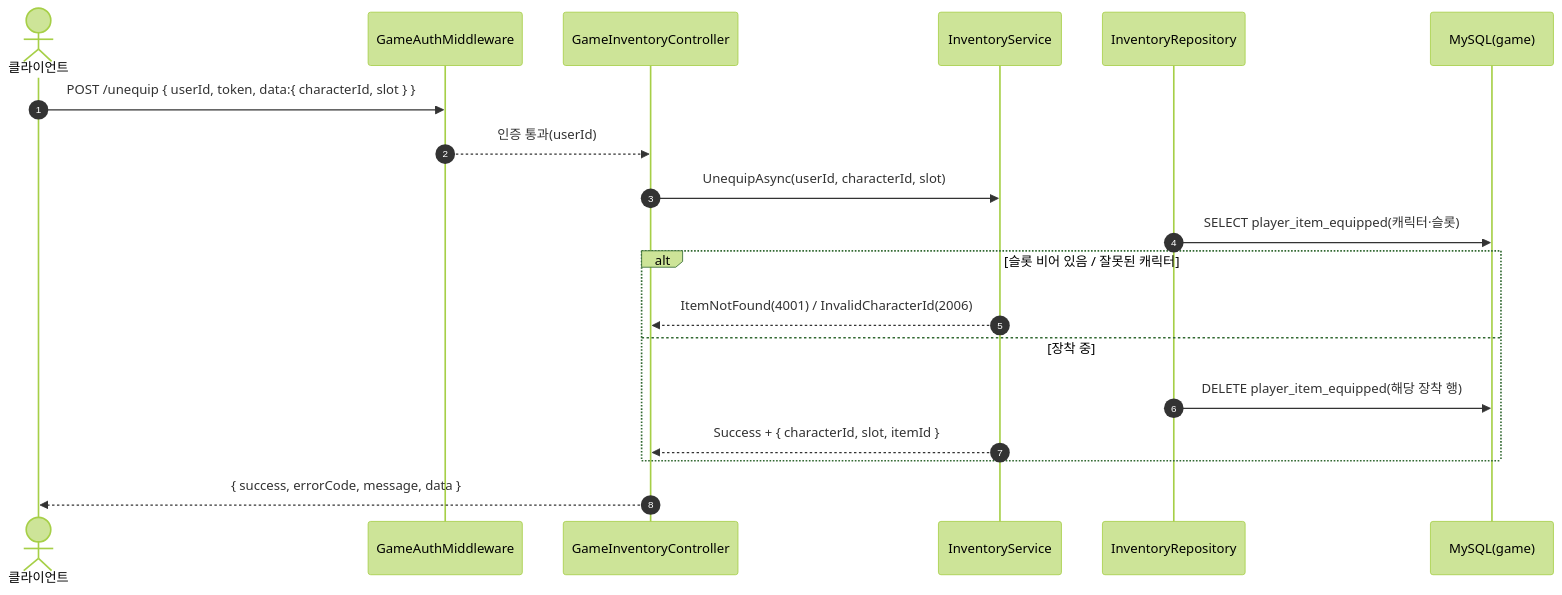
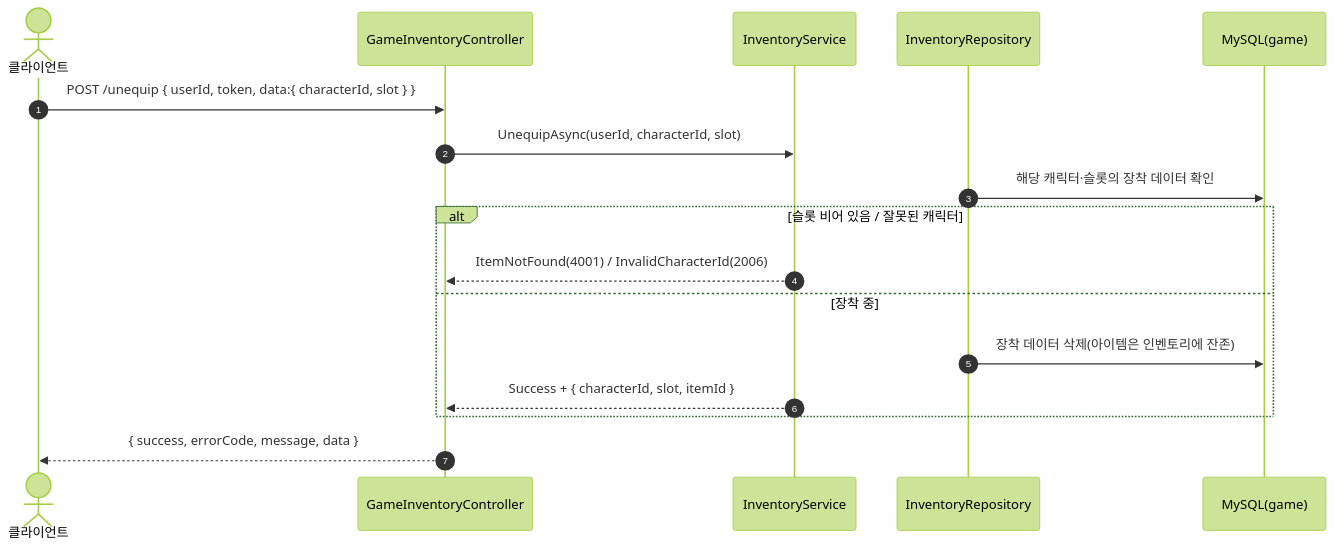
The second of 4 diagrams in SequenceDiagram/GameInventoryController.md (ks-wook/com2us-taskbar-hero), drawn with Mermaid (forest theme) before and after one commit. The commit also changed other lines of this file and 7 other files, not shown here.

Commit message:
시퀀스 다이어그램 수정

````diff
--- a/SequenceDiagram/GameInventoryController.md
+++ b/SequenceDiagram/GameInventoryController.md
@@ -38,22 +36,20 @@
 ```mermaid
 sequenceDiagram
     autonumber
     actor C as 클라이언트
-    participant MW as GameAuthMiddleware
     participant Ctrl as GameInventoryController
     participant Svc as InventoryService
     participant Repo as InventoryRepository
     participant DB as MySQL(game)
 
-    C->>MW: POST /unequip { userId, token, data:{ characterId, slot } }
-    MW-->>Ctrl: 인증 통과(userId)
+    C->>Ctrl: POST /unequip { userId, token, data:{ characterId, slot } }
     Ctrl->>Svc: UnequipAsync(userId, characterId, slot)
-    Repo->>DB: SELECT player_item_equipped(캐릭터·슬롯)
+    Repo->>DB: 해당 캐릭터·슬롯의 장착 데이터 확인
     alt 슬롯 비어 있음 / 잘못된 캐릭터
         Svc-->>Ctrl: ItemNotFound(4001) / InvalidCharacterId(2006)
     else 장착 중
-        Repo->>DB: DELETE player_item_equipped(해당 장착 행)
+        Repo->>DB: 장착 데이터 삭제(아이템은 인벤토리에 잔존)
         Svc-->>Ctrl: Success + { characterId, slot, itemId }
     end
     Ctrl-->>C: { success, errorCode, message, data }
 ```
````
